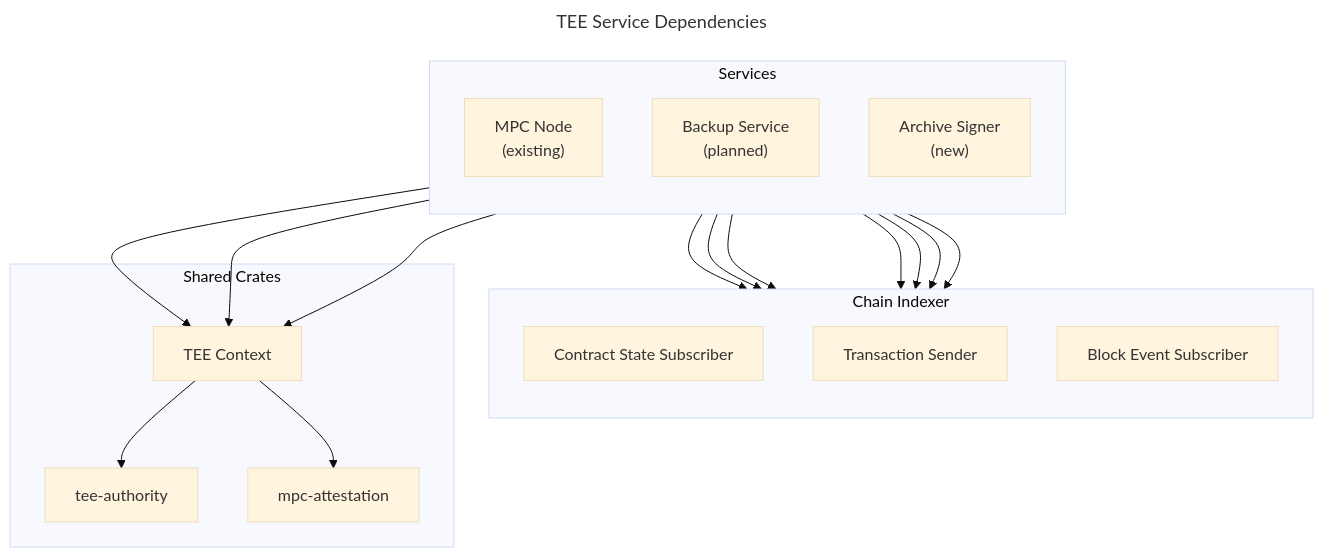
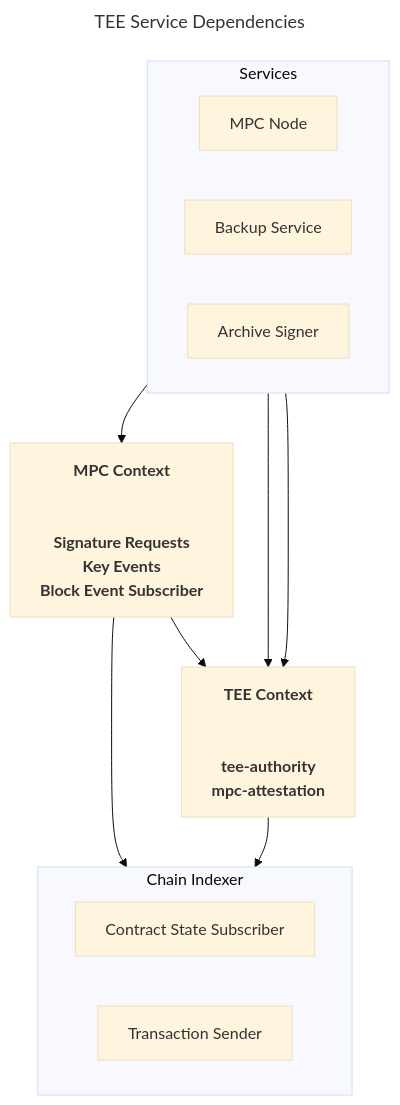
The first of 3 diagrams in docs/tee-lifecycle.md (near/mpc), drawn with Mermaid (base theme) before and after one commit. The commit also changed other lines of this file and 1 other file, not shown here.

````diff
--- a/docs/tee-lifecycle.md
+++ b/docs/tee-lifecycle.md
@@ -34,42 +34,41 @@
 ```mermaid
 ---
 title: TEE Service Dependencies
 ---
 flowchart TB
 
 subgraph SERVICES["Services"]
-    direction TB
-    MPC_NODE["MPC Node<br/>(existing)"]
-    BACKUP["Backup Service<br/>(planned)"]
-    HOT_APP["Archive Signer<br/>(new)"]
+    direction LR
+    MPC_NODE["MPC Node"]
+    BACKUP["Backup Service"]
+    HOT_APP["Archive Signer"]
 end
 
+MPC_CTX[
+<b>MPC Context</b><br/><br/>
+<b>Signature Requests</b>
+<b>Key Events</b>
+<b>Block Event Subscriber</b>
+]
+
+TEE_CTX[
+<b>TEE Context</b><br/><br/>
+<b>tee-authority</b>
+<b>mpc-attestation</b>
+]
+
 subgraph CHAIN["Chain Indexer"]
-    direction TB
+    direction LR
     CSUB["Contract State Subscriber"]
     TSEND["Transaction Sender"]
-    BEVENTS["Block Event Subscriber"]
 end
 
-subgraph SHARED["Shared Crates"]
-    TEE_CTX["TEE Context"]
-    TEE_AUTH["tee-authority"]
-    ATTEST["mpc-attestation"]
-end
-
-MPC_NODE --> CSUB
-MPC_NODE --> TSEND
-MPC_NODE --> BEVENTS
-MPC_NODE --> TEE_CTX
-
-BACKUP --> CSUB
-BACKUP --> TSEND
+MPC_NODE --> MPC_CTX
 BACKUP --> TEE_CTX
-
-HOT_APP --> CSUB
-HOT_APP --> TSEND
 HOT_APP --> TEE_CTX
 
-TEE_CTX --> TEE_AUTH
-TEE_CTX --> ATTEST
+MPC_CTX --> TEE_CTX
+MPC_CTX --> CHAIN
+
+TEE_CTX --> CHAIN
 ```
````
